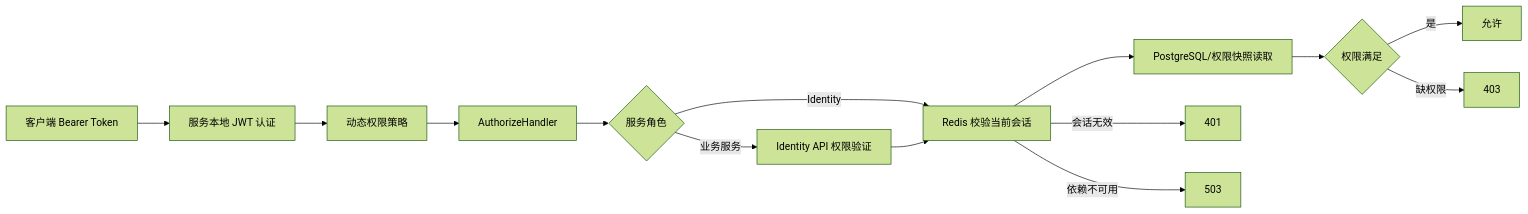
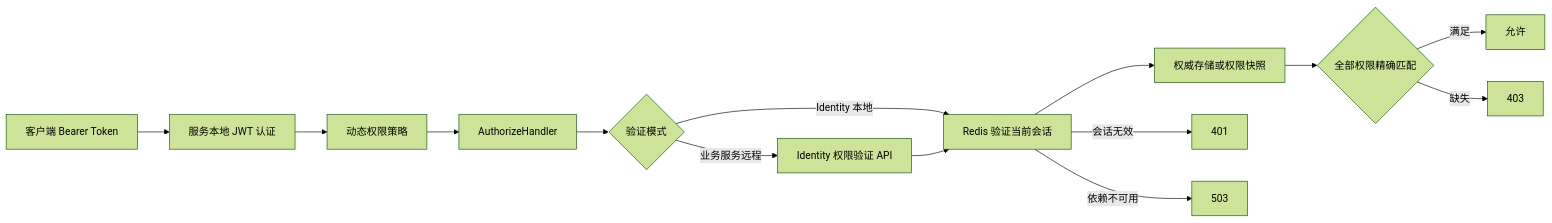
One commit to fantasy-ke/LexiCraft changed the diagram in src/BuildingBlocks/BuildingBlocks.Authorization/README.md. Above: the diagram before and after it, drawn with Mermaid (forest theme). The commit also changed other lines of this file and 369 other files, not shown here.

````diff
--- a/src/BuildingBlocks/BuildingBlocks.Authorization/README.md
+++ b/src/BuildingBlocks/BuildingBlocks.Authorization/README.md
@@ -31,16 +179,16 @@
 ```mermaid
 flowchart LR
     A[客户端 Bearer Token] --> B[服务本地 JWT 认证]
     B --> C[动态权限策略]
     C --> D[AuthorizeHandler]
-    D --> E{服务角色}
-    E -->|Identity| F[Redis 校验当前会话]
-    F --> G[PostgreSQL/权限快照读取]
-    E -->|业务服务| H[Identity API 权限验证]
+    D --> E{验证模式}
+    E -->|Identity 本地| F[Redis 验证当前会话]
+    F --> G[权威存储或权限快照]
+    E -->|业务服务远程| H[Identity 权限验证 API]
     H --> F
-    G --> I{权限满足}
-    I -->|是| J[允许]
-    I -->|缺权限| K[403]
+    G --> I{全部权限精确匹配}
+    I -->|满足| J[允许]
+    I -->|缺失| K[403]
     F -->|会话无效| L[401]
     F -->|依赖不可用| M[503]
 ```
````
